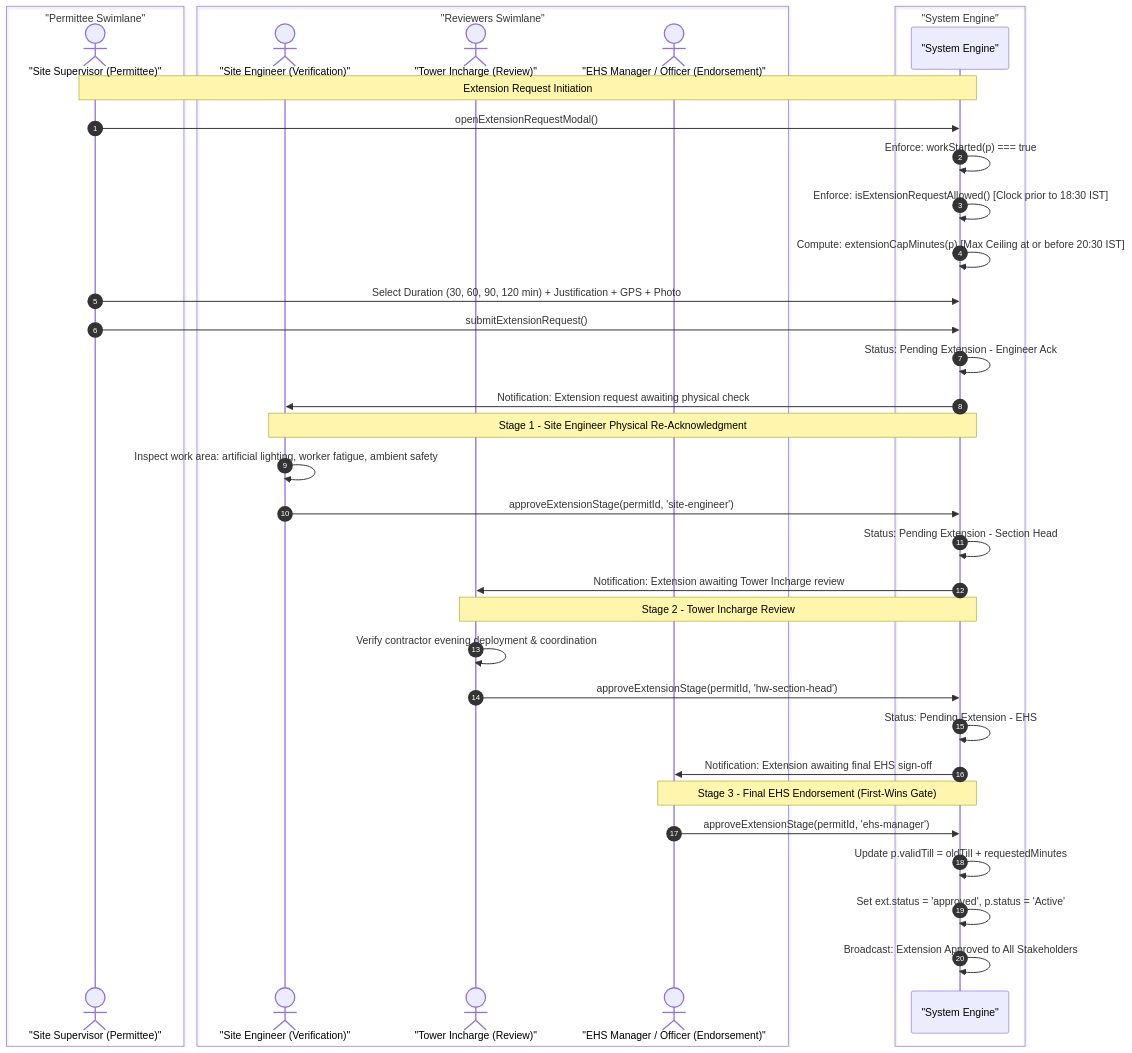
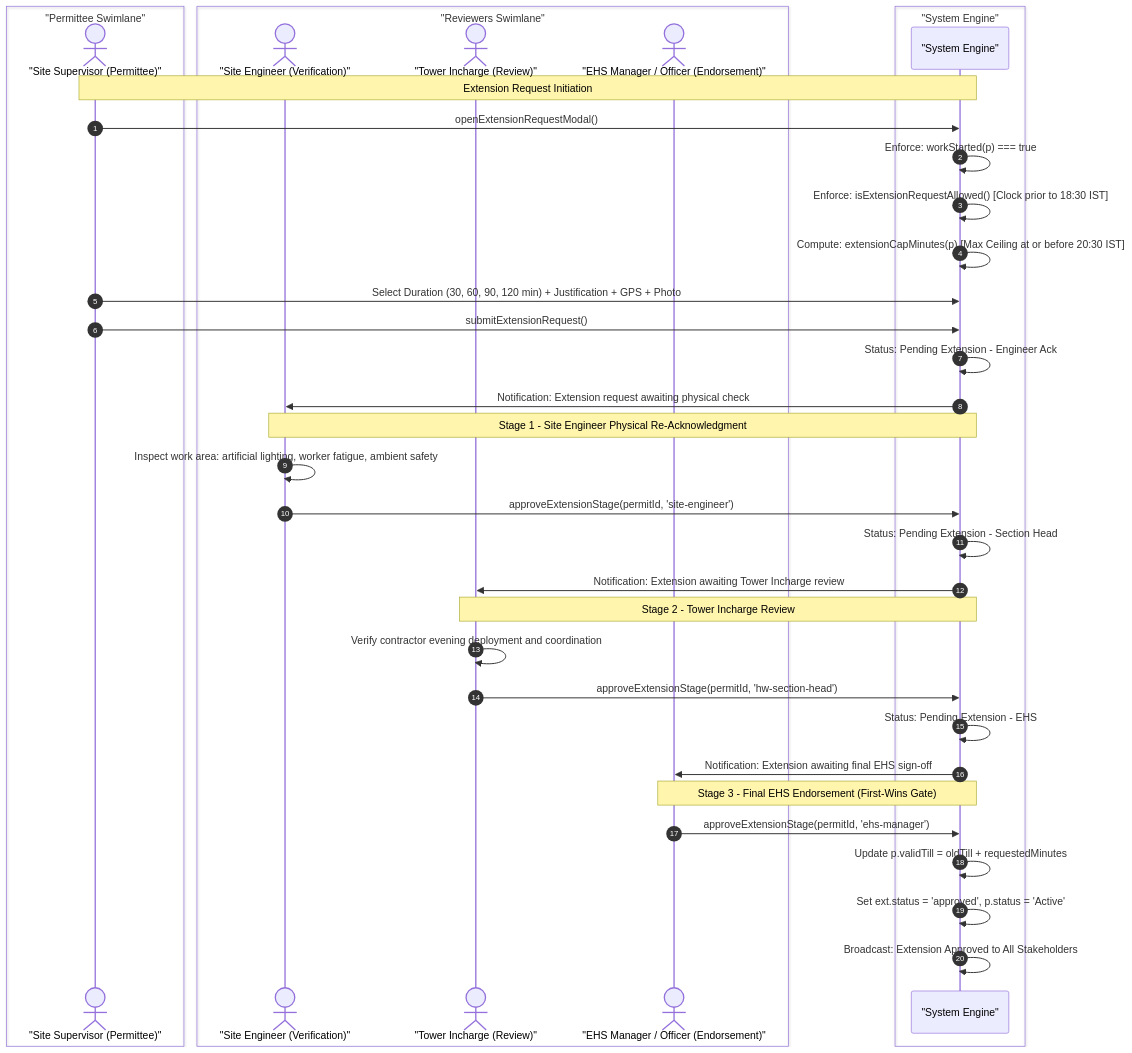
Diagram 42 of 44 in README.md (AuroGroupAutomationBot/ARPL-EHS-Demo), drawn with Mermaid before and after one commit. The commit also changed other lines of this file, not shown here.

````diff
--- a/README.md
+++ b/README.md
@@ -3246,43 +3285,43 @@
 ```mermaid
 sequenceDiagram
     autonumber
     box "Permittee Swimlane"
         actor SS as "Site Supervisor (Permittee)"
     end
     box "Reviewers Swimlane"
         actor SE as "Site Engineer (Verification)"
         actor TI as "Tower Incharge (Review)"
         actor EHS as "EHS Manager / Officer (Endorsement)"
     end
     box "System Engine"
         participant SYS as "System Engine"
     end
 
     Note over SS,SYS: Extension Request Initiation
     SS->>SYS: openExtensionRequestModal()
     SYS->>SYS: Enforce: workStarted(p) === true
     SYS->>SYS: Enforce: isExtensionRequestAllowed() [Clock prior to 18:30 IST]
     SYS->>SYS: Compute: extensionCapMinutes(p) [Max Ceiling at or before 20:30 IST]
     SS->>SYS: Select Duration (30, 60, 90, 120 min) + Justification + GPS + Photo
     SS->>SYS: submitExtensionRequest()
     SYS->>SYS: Status: Pending Extension - Engineer Ack
     SYS->>SE: Notification: Extension request awaiting physical check
 
     Note over SE,SYS: Stage 1 - Site Engineer Physical Re-Acknowledgment
     SE->>SE: Inspect work area: artificial lighting, worker fatigue, ambient safety
     SE->>SYS: approveExtensionStage(permitId, 'site-engineer')
     SYS->>SYS: Status: Pending Extension - Section Head
     SYS->>TI: Notification: Extension awaiting Tower Incharge review
 
     Note over TI,SYS: Stage 2 - Tower Incharge Review
-    TI->>TI: Verify contractor evening deployment & coordination
+    TI->>TI: Verify contractor evening deployment and coordination
     TI->>SYS: approveExtensionStage(permitId, 'hw-section-head')
     SYS->>SYS: Status: Pending Extension - EHS
     SYS->>EHS: Notification: Extension awaiting final EHS sign-off
 
     Note over EHS,SYS: Stage 3 - Final EHS Endorsement (First-Wins Gate)
     EHS->>SYS: approveExtensionStage(permitId, 'ehs-manager')
     SYS->>SYS: Update p.validTill = oldTill + requestedMinutes
     SYS->>SYS: Set ext.status = 'approved', p.status = 'Active'
     SYS->>SYS: Broadcast: Extension Approved to All Stakeholders
 ```
````
